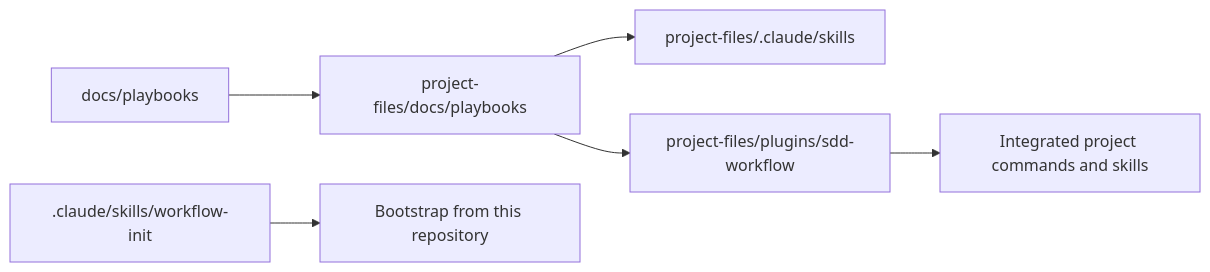
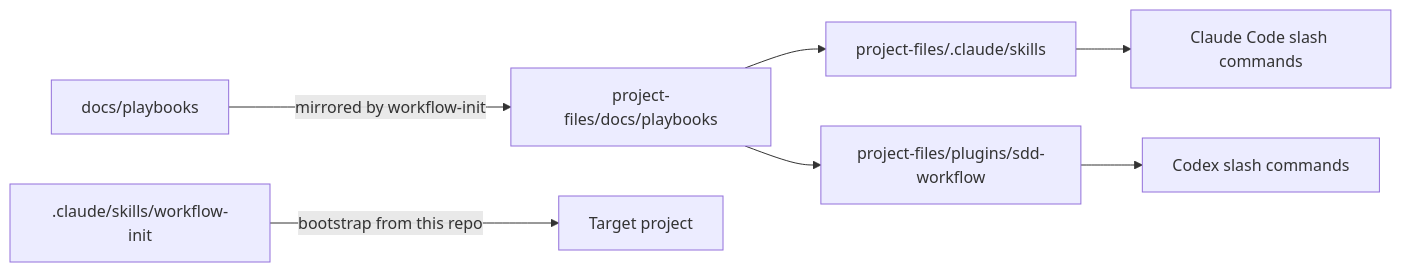
One commit to avatarsik6699/sdd-workflow changed the diagram in docs/architecture.md. Above: the diagram before and after it, drawn with Mermaid. The commit also changed other lines of this file and 9 other files, not shown here.

First line of the commit message:
docs: update README, architecture, quickstart, and skills catalog for impl-brief/impl-assist/project-sync (#20)

````diff
--- a/docs/architecture.md
+++ b/docs/architecture.md
@@ -3,8 +31,9 @@
 ```mermaid
 flowchart LR
-  A[docs/playbooks] --> B[project-files/docs/playbooks]
+  A[docs/playbooks] -->|mirrored by workflow-init| B[project-files/docs/playbooks]
   B --> C[project-files/.claude/skills]
   B --> D[project-files/plugins/sdd-workflow]
-  E[.claude/skills/workflow-init] --> F[Bootstrap from this repository]
-  D --> G[Integrated project commands and skills]
+  E[.claude/skills/workflow-init] -->|bootstrap from this repo| F[Target project]
+  C --> G[Claude Code slash commands]
+  D --> H[Codex slash commands]
 ```
````
